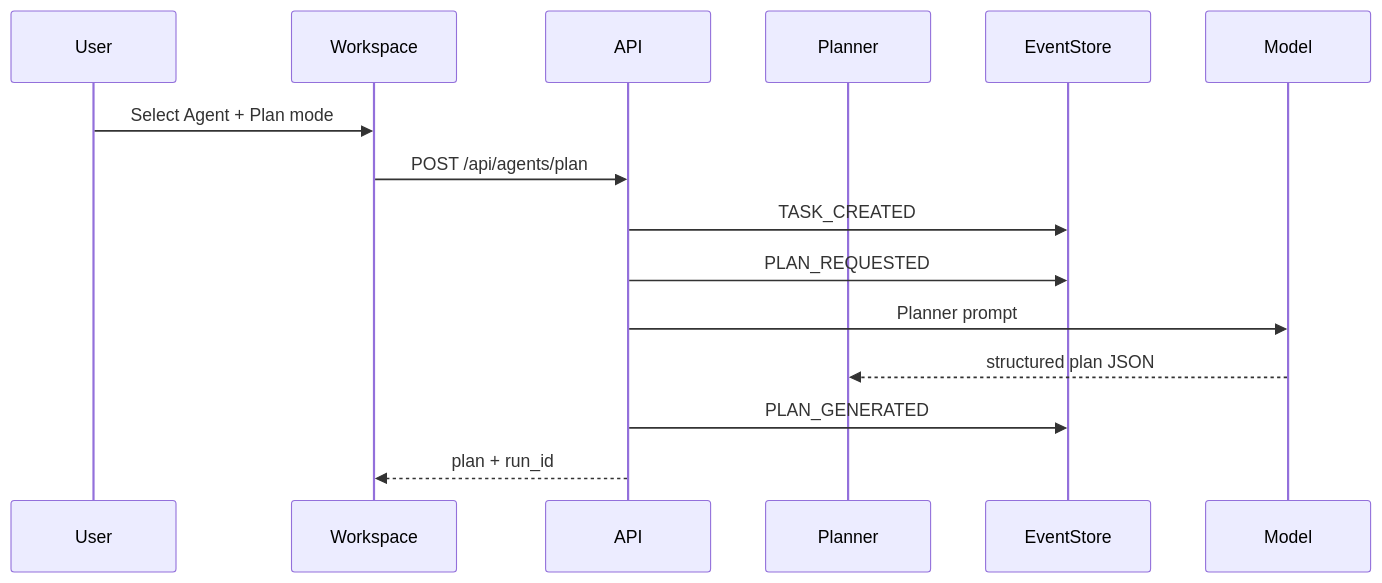
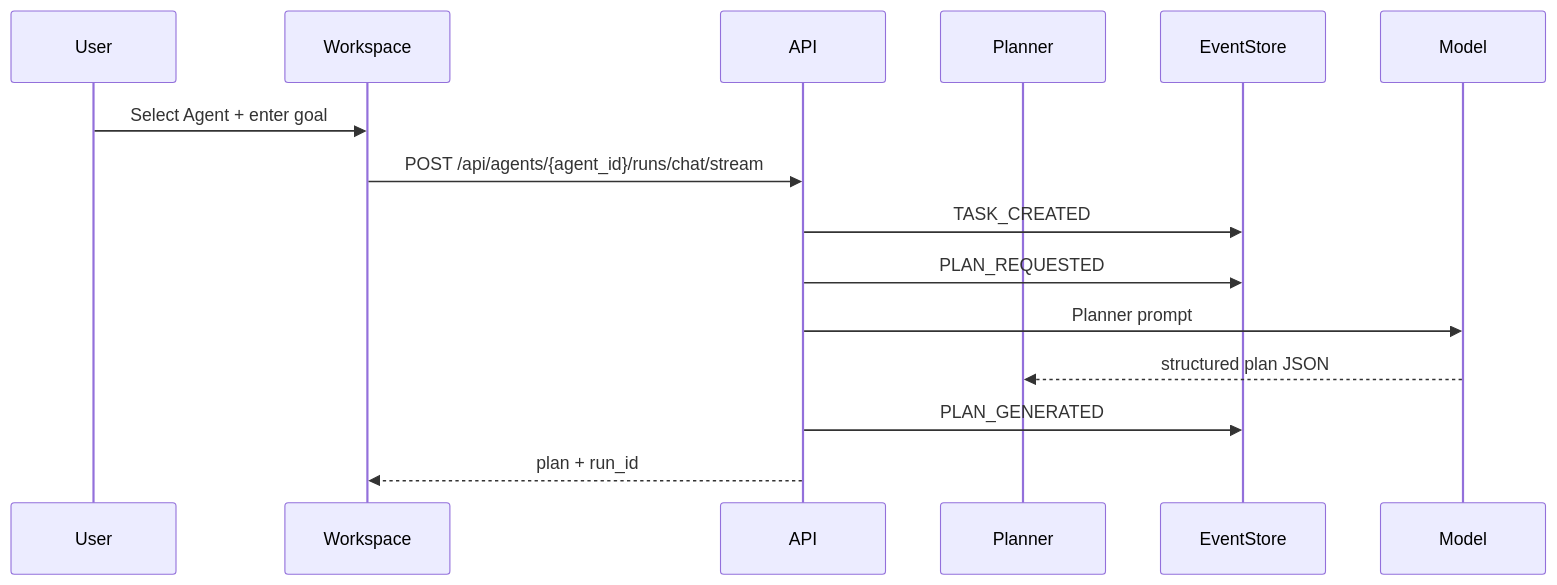
One commit to luohao0308/harness changed the second of 3 diagrams in docs/human/03-system-architecture.md. Above: the diagram before and after it, drawn with Mermaid. The commit also changed other lines of this file and 97 other files, not shown here.

````diff
--- a/docs/human/03-system-architecture.md
+++ b/docs/human/03-system-architecture.md
@@ -144,18 +144,18 @@
 ```mermaid
 sequenceDiagram
     participant User
     participant Workspace
     participant API
     participant Planner
     participant EventStore
     participant Model
 
-    User->>Workspace: Select Agent + Plan mode
-    Workspace->>API: POST /api/agents/plan
+    User->>Workspace: Select Agent + enter goal
+    Workspace->>API: POST /api/agents/{agent_id}/runs/chat/stream
     API->>EventStore: TASK_CREATED
     API->>EventStore: PLAN_REQUESTED
     API->>Model: Planner prompt
     Model-->>Planner: structured plan JSON
     API->>EventStore: PLAN_GENERATED
     API-->>Workspace: plan + run_id
 ```
````
